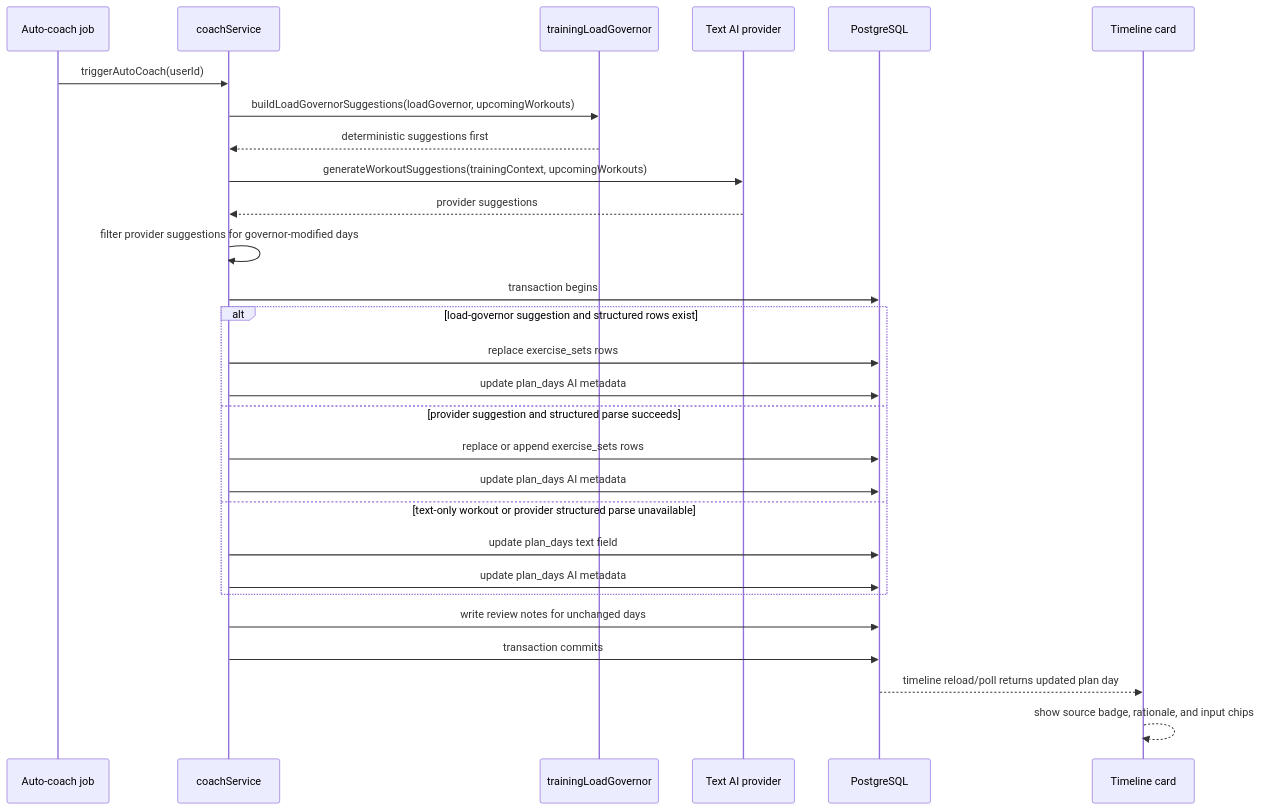
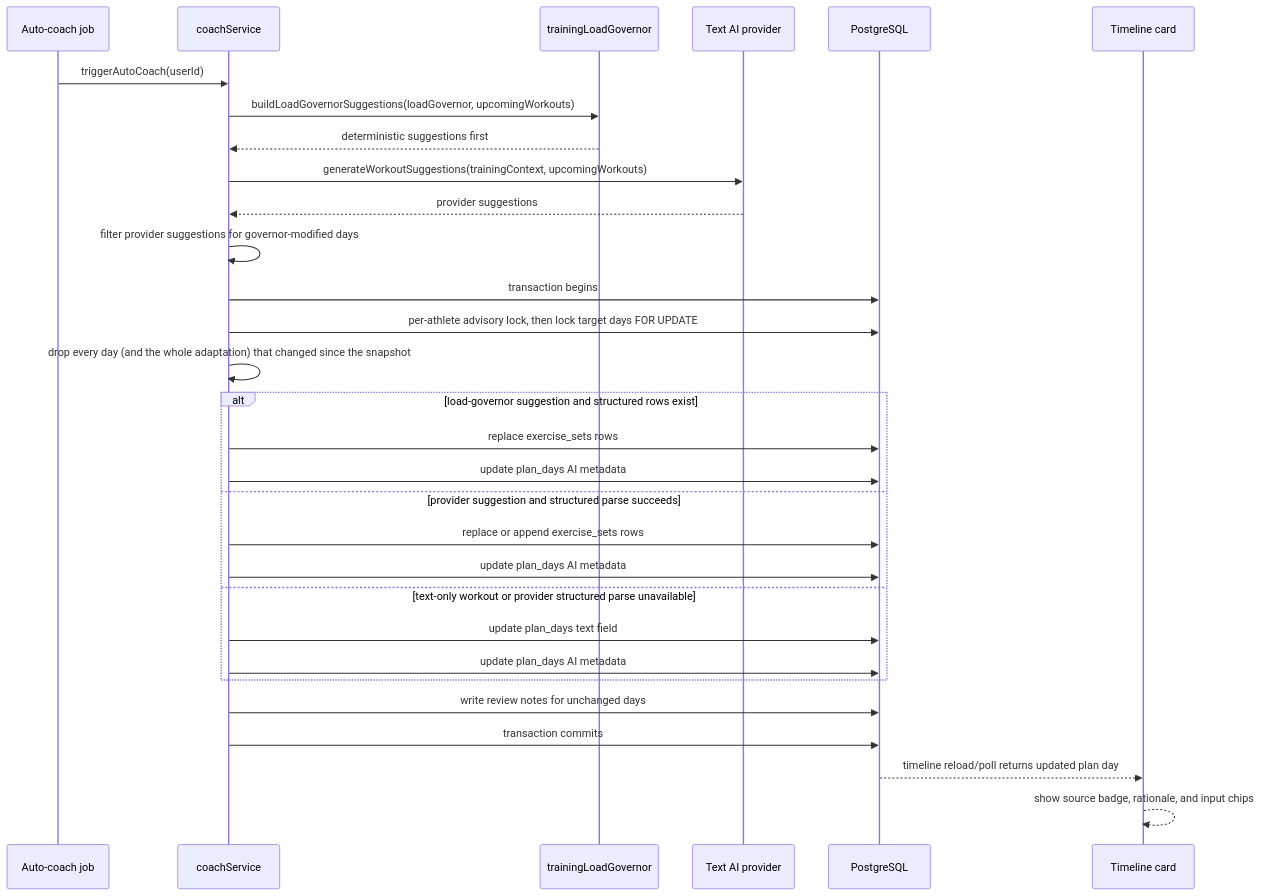
Before and after one commit to daler91/Hyrox-Companion: the fourth of 5 diagrams in docs/ai-coach-auto-regulation-flow.md, drawn with Mermaid. The commit also changed other lines of this file and 27 other files, not shown here.

````diff
--- a/docs/ai-coach-auto-regulation-flow.md
+++ b/docs/ai-coach-auto-regulation-flow.md
@@ -212,31 +216,33 @@
 ```mermaid
 sequenceDiagram
     participant Job as Auto-coach job
     participant Coach as coachService
     participant LG as trainingLoadGovernor
     participant Provider as Text AI provider
     participant DB as PostgreSQL
     participant UI as Timeline card
 
     Job->>Coach: triggerAutoCoach(userId)
     Coach->>LG: buildLoadGovernorSuggestions(loadGovernor, upcomingWorkouts)
     LG-->>Coach: deterministic suggestions first
     Coach->>Provider: generateWorkoutSuggestions(trainingContext, upcomingWorkouts)
     Provider-->>Coach: provider suggestions
     Coach->>Coach: filter provider suggestions for governor-modified days
     Coach->>DB: transaction begins
+    Coach->>DB: per-athlete advisory lock, then lock target days FOR UPDATE
+    Coach->>Coach: drop every day (and the whole adaptation) that changed since the snapshot
     alt load-governor suggestion and structured rows exist
         Coach->>DB: replace exercise_sets rows
         Coach->>DB: update plan_days AI metadata
     else provider suggestion and structured parse succeeds
         Coach->>DB: replace or append exercise_sets rows
         Coach->>DB: update plan_days AI metadata
     else text-only workout or provider structured parse unavailable
         Coach->>DB: update plan_days text field
         Coach->>DB: update plan_days AI metadata
     end
     Coach->>DB: write review notes for unchanged days
     Coach->>DB: transaction commits
     DB-->>UI: timeline reload/poll returns updated plan day
     UI-->>UI: show source badge, rationale, and input chips
 ```
````
